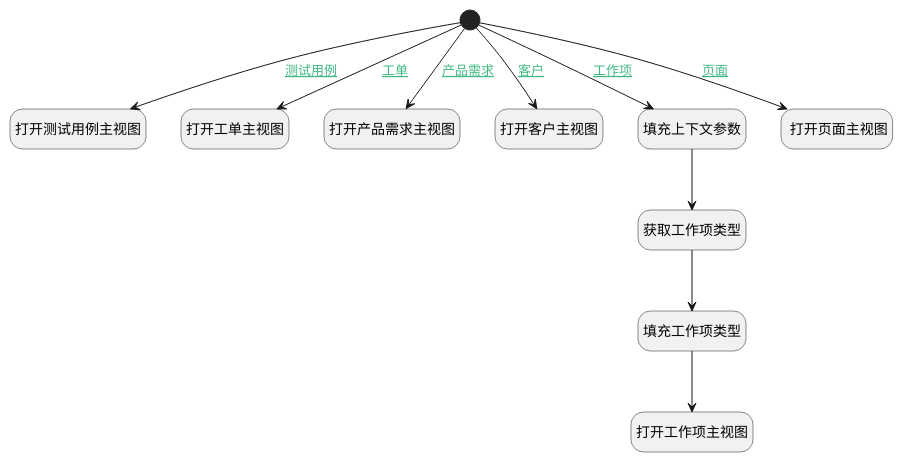
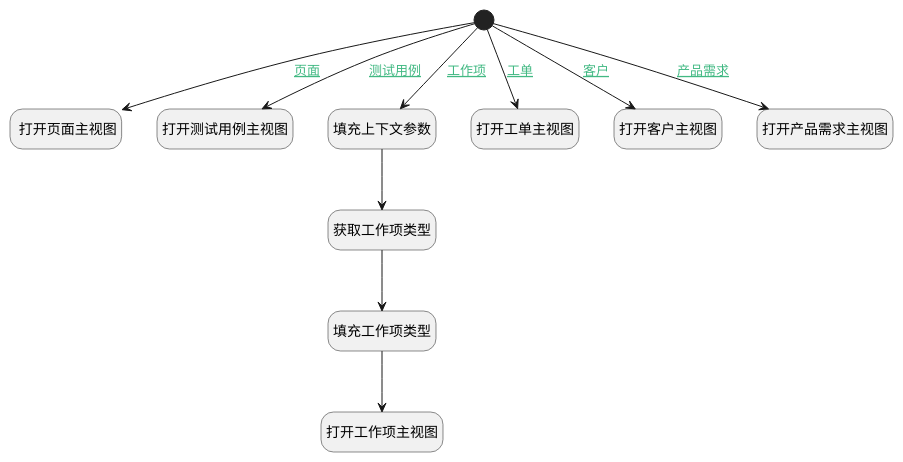
Before and after one commit to iBizLab/plm: the diagram in doc/docsify/module/Base/search_attachment/uilogic/open_main_view.md, drawn with PlantUML. The commit also changed other lines of this file and 1276 other files, not shown here.

````diff
--- a/doc/docsify/module/Base/search_attachment/uilogic/open_main_view.md
+++ b/doc/docsify/module/Base/search_attachment/uilogic/open_main_view.md
@@ -7,35 +7,35 @@
 ```plantuml
 @startuml
 hide footbox
 <style>
 root {
   HyperlinkColor #42b983
 }
 </style>
 
 hide empty description
 state "开始" as Begin <<start>> [[$./open_main_view#begin {开始}]]
+state " 打开页面主视图" as DEUIACTION6  [[$./open_main_view#deuiaction6 { 打开页面主视图}]]
 state "打开测试用例主视图" as DEUIACTION2  [[$./open_main_view#deuiaction2 {打开测试用例主视图}]]
+state "填充上下文参数" as PREPAREJSPARAM1  [[$./open_main_view#preparejsparam1 {填充上下文参数}]]
+state "打开工单主视图" as DEUIACTION4  [[$./open_main_view#deuiaction4 {打开工单主视图}]]
 state "打开工作项主视图" as DEUIACTION1  [[$./open_main_view#deuiaction1 {打开工作项主视图}]]
-state "打开工单主视图" as DEUIACTION4  [[$./open_main_view#deuiaction4 {打开工单主视图}]]
+state "打开客户主视图" as DEUIACTION5  [[$./open_main_view#deuiaction5 {打开客户主视图}]]
 state "获取工作项类型" as DEACTION1  [[$./open_main_view#deaction1 {获取工作项类型}]]
 state "打开产品需求主视图" as DEUIACTION3  [[$./open_main_view#deuiaction3 {打开产品需求主视图}]]
-state "打开客户主视图" as DEUIACTION5  [[$./open_main_view#deuiaction5 {打开客户主视图}]]
 state "填充工作项类型" as PREPAREJSPARAM2  [[$./open_main_view#preparejsparam2 {填充工作项类型}]]
-state "填充上下文参数" as PREPAREJSPARAM1  [[$./open_main_view#preparejsparam1 {填充上下文参数}]]
-state " 打开页面主视图" as DEUIACTION6  [[$./open_main_view#deuiaction6 { 打开页面主视图}]]
 
 
 Begin --> PREPAREJSPARAM1 : [[$./open_main_view#begin-preparejsparam1{工作项} 工作项]]
 PREPAREJSPARAM1 --> DEACTION1
 DEACTION1 --> PREPAREJSPARAM2
 PREPAREJSPARAM2 --> DEUIACTION1
 Begin --> DEUIACTION2 : [[$./open_main_view#begin-deuiaction2{测试用例} 测试用例]]
 Begin --> DEUIACTION3 : [[$./open_main_view#begin-deuiaction3{产品需求} 产品需求]]
 Begin --> DEUIACTION4 : [[$./open_main_view#begin-deuiaction4{工单} 工单]]
 Begin --> DEUIACTION5 : [[$./open_main_view#begin-deuiaction5{客户} 客户]]
 Begin --> DEUIACTION6 : [[$./open_main_view#begin-deuiaction6{页面} 页面]]
 
 
 @enduml
 ```
````
